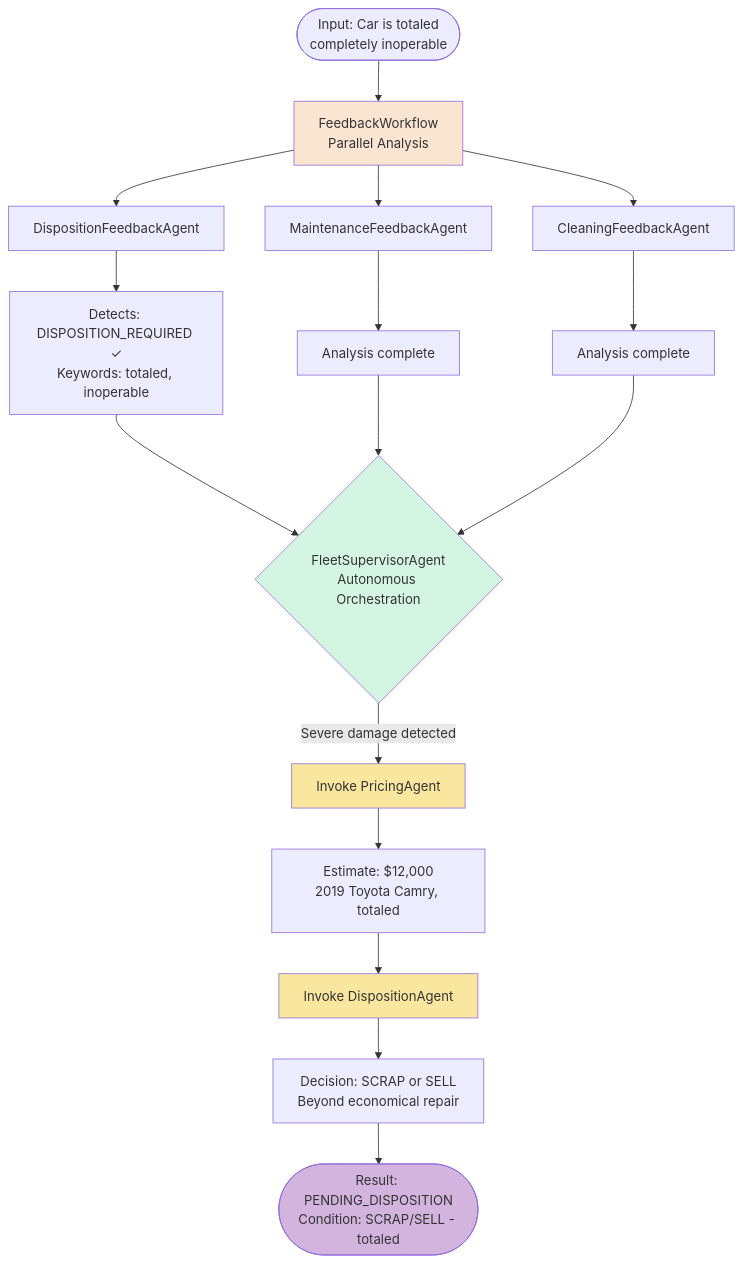
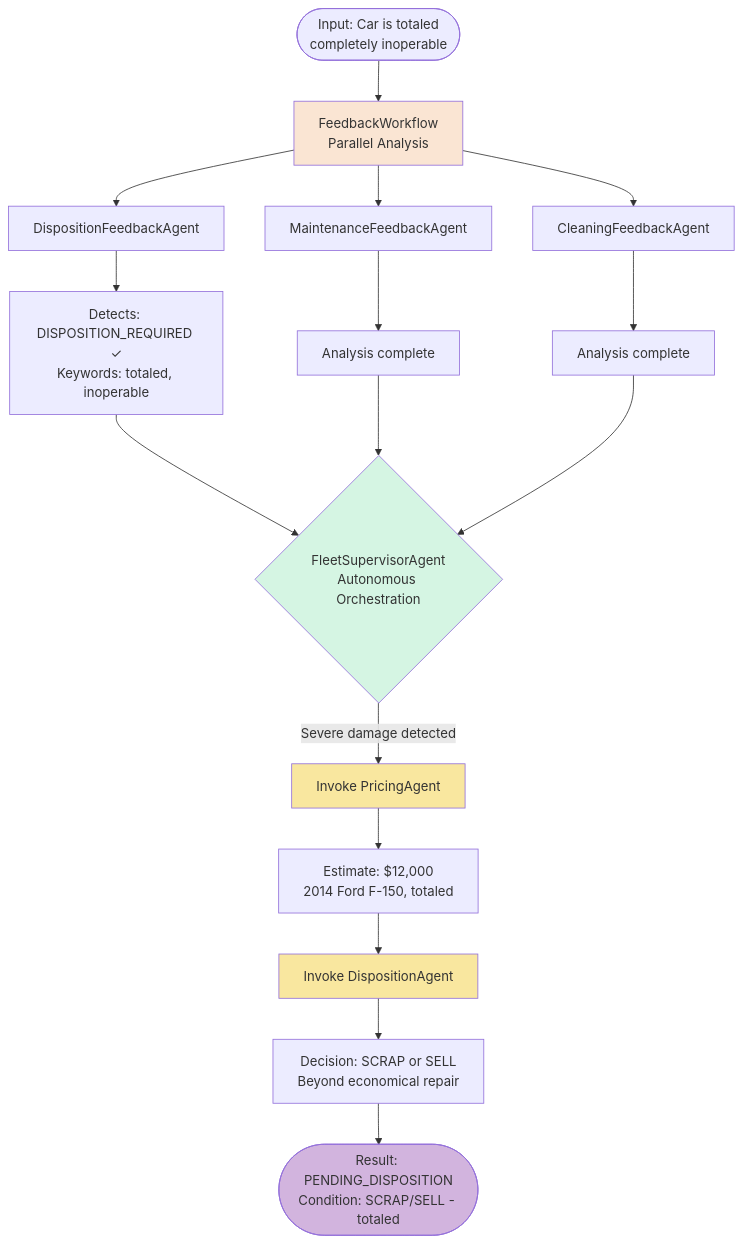
The third of 5 diagrams in docs/docs/step-04.md (mbroz2/jcon-europe-2026), drawn with Mermaid before and after one commit. The commit also changed other lines of this file and 2 other files, not shown here.

````diff
--- a/docs/docs/step-04.md
+++ b/docs/docs/step-04.md
@@ -428,30 +428,30 @@
 ```mermaid
 flowchart TD
     Start([Input: Car is totaled<br/>completely inoperable])
     
     Start --> FW[FeedbackWorkflow<br/>Parallel Analysis]
     
     FW --> DFA[DispositionFeedbackAgent]
     FW --> MFA[MaintenanceFeedbackAgent]
     FW --> CFA[CleaningFeedbackAgent]
     
     DFA --> DR[Detects: DISPOSITION_REQUIRED ✓<br/>Keywords: totaled, inoperable]
     MFA --> MR[Analysis complete]
     CFA --> CR[Analysis complete]
     
     DR --> FSA{FleetSupervisorAgent<br/>Autonomous Orchestration}
     MR --> FSA
     CR --> FSA
     
     FSA -->|Severe damage detected| PA[Invoke PricingAgent]
-    PA --> PV[Estimate: $12,000<br/>2019 Toyota Camry, totaled]
+    PA --> PV[Estimate: $12,000<br/>2014 Ford F-150, totaled]
     PV --> DA[Invoke DispositionAgent]
     DA --> DD[Decision: SCRAP or SELL<br/>Beyond economical repair]
     DD --> Result([Result: PENDING_DISPOSITION<br/>Condition: SCRAP/SELL - totaled])
     
     style FW fill:#FAE5D3
     style FSA fill:#D5F5E3
     style PA fill:#F9E79F
     style DA fill:#F9E79F
     style Result fill:#D2B4DE
 ```
````
